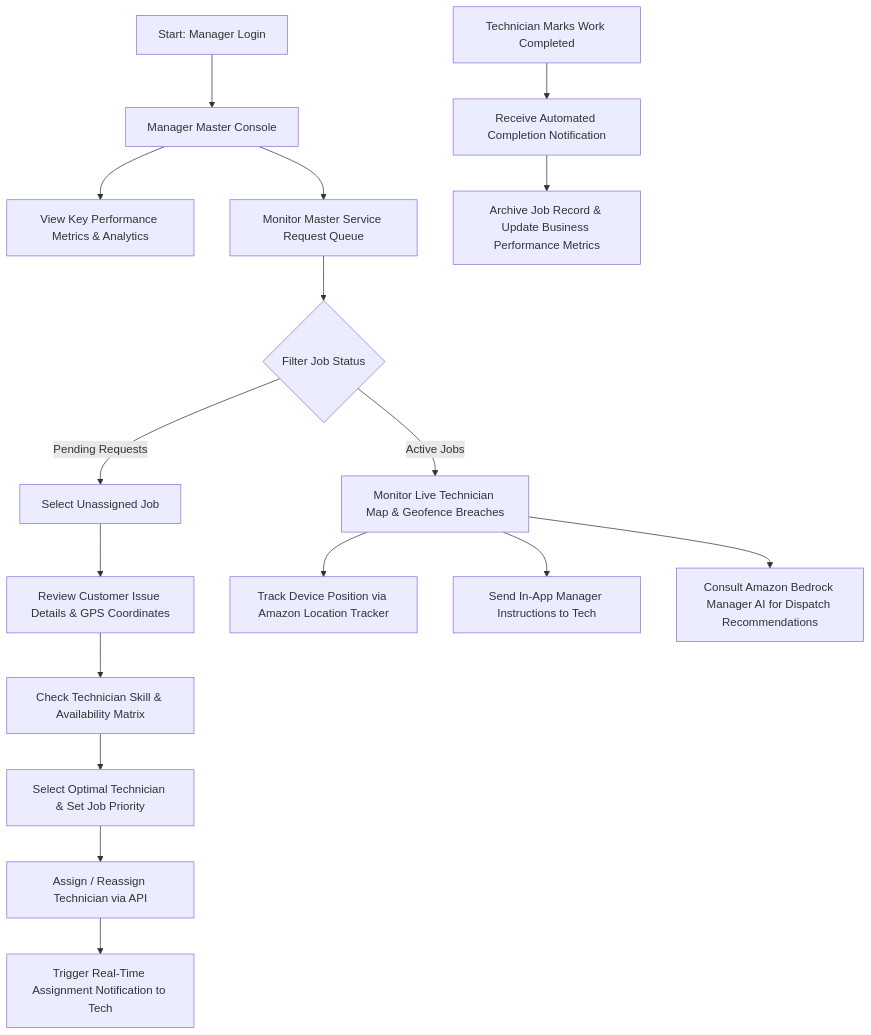
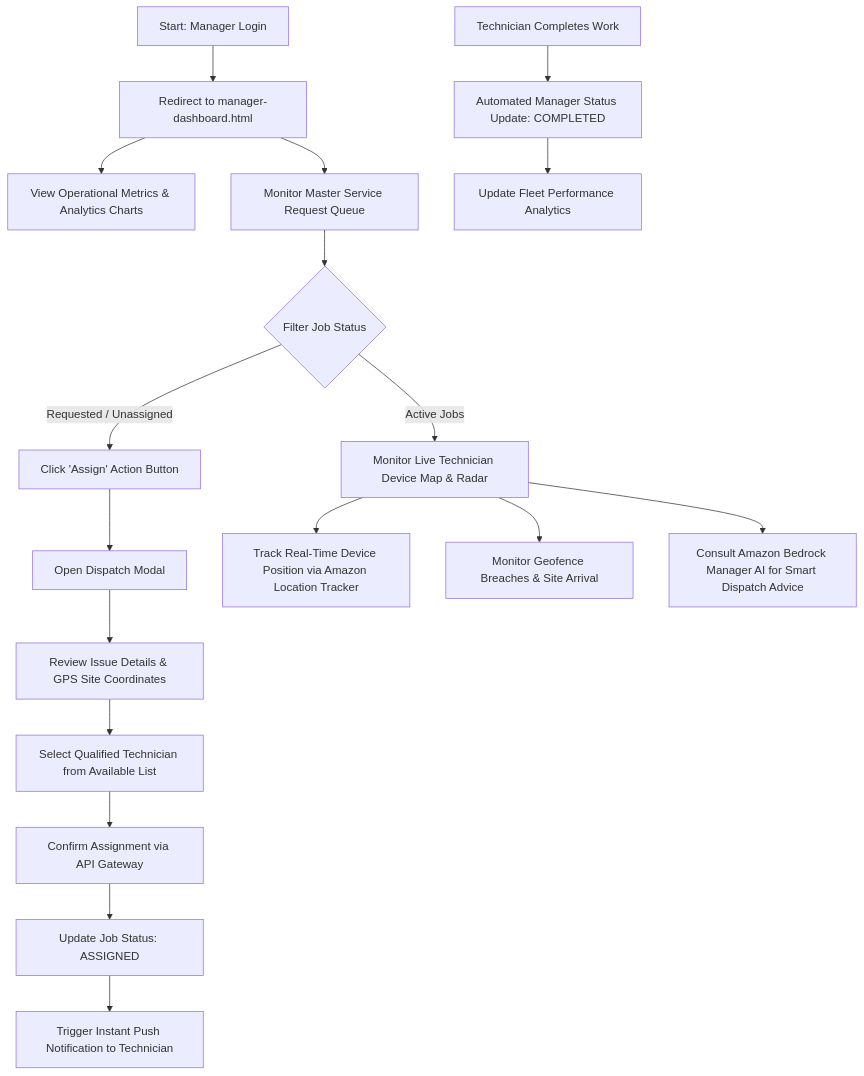
One commit to KAVATIJOHNSHREYAN/AWS_HACKATHON_TEAM_PROJECT changed the second of 4 diagrams in FLOWCHARTS.md. Above: the diagram before and after it, drawn with Mermaid. The commit also changed other lines of this file and 1 other file, not shown here.

Commit message:
Update README and FLOWCHARTS documentation for multi-page RBAC, Customer actions, and SW v3

````diff
--- a/FLOWCHARTS.md
+++ b/FLOWCHARTS.md
@@ -48,24 +53,25 @@
 ```mermaid
 flowchart TD
-    A[Start: Manager Login] --> B[Manager Master Console]
-    B --> C[View Key Performance Metrics & Analytics]
+    A[Start: Manager Login] --> B[Redirect to manager-dashboard.html]
+    B --> C[View Operational Metrics & Analytics Charts]
     B --> D[Monitor Master Service Request Queue]
     
     D --> E{Filter Job Status}
-    E -- Pending Requests --> F[Select Unassigned Job]
-    E -- Active Jobs --> G[Monitor Live Technician Map & Geofence Breaches]
+    E -- Requested / Unassigned --> F[Click 'Assign' Action Button]
+    E -- Active Jobs --> G[Monitor Live Technician Device Map & Radar]
     
-    F --> H[Review Customer Issue Details & GPS Coordinates]
-    H --> I[Check Technician Skill & Availability Matrix]
-    I --> J[Select Optimal Technician & Set Job Priority]
-    J --> K[Assign / Reassign Technician via API]
+    F --> H[Open Dispatch Modal]
+    H --> I[Review Issue Details & GPS Site Coordinates]
+    I --> J[Select Qualified Technician from Available List]
+    J --> K[Confirm Assignment via API Gateway]
     
-    K --> L[Trigger Real-Time Assignment Notification to Tech]
+    K --> L[Update Job Status: ASSIGNED]
+    L --> M[Trigger Instant Push Notification to Technician]
     
-    G --> M[Track Device Position via Amazon Location Tracker]
-    G --> N[Send In-App Manager Instructions to Tech]
-    G --> O[Consult Amazon Bedrock Manager AI for Dispatch Recommendations]
+    G --> N[Track Real-Time Device Position via Amazon Location Tracker]
+    G --> O[Monitor Geofence Breaches & Site Arrival]
+    G --> P[Consult Amazon Bedrock Manager AI for Smart Dispatch Advice]
     
-    P[Technician Marks Work Completed] --> Q[Receive Automated Completion Notification]
-    Q --> R[Archive Job Record & Update Business Performance Metrics]
+    Q[Technician Completes Work] --> R[Automated Manager Status Update: COMPLETED]
+    R --> S[Update Fleet Performance Analytics]
 ```
````
